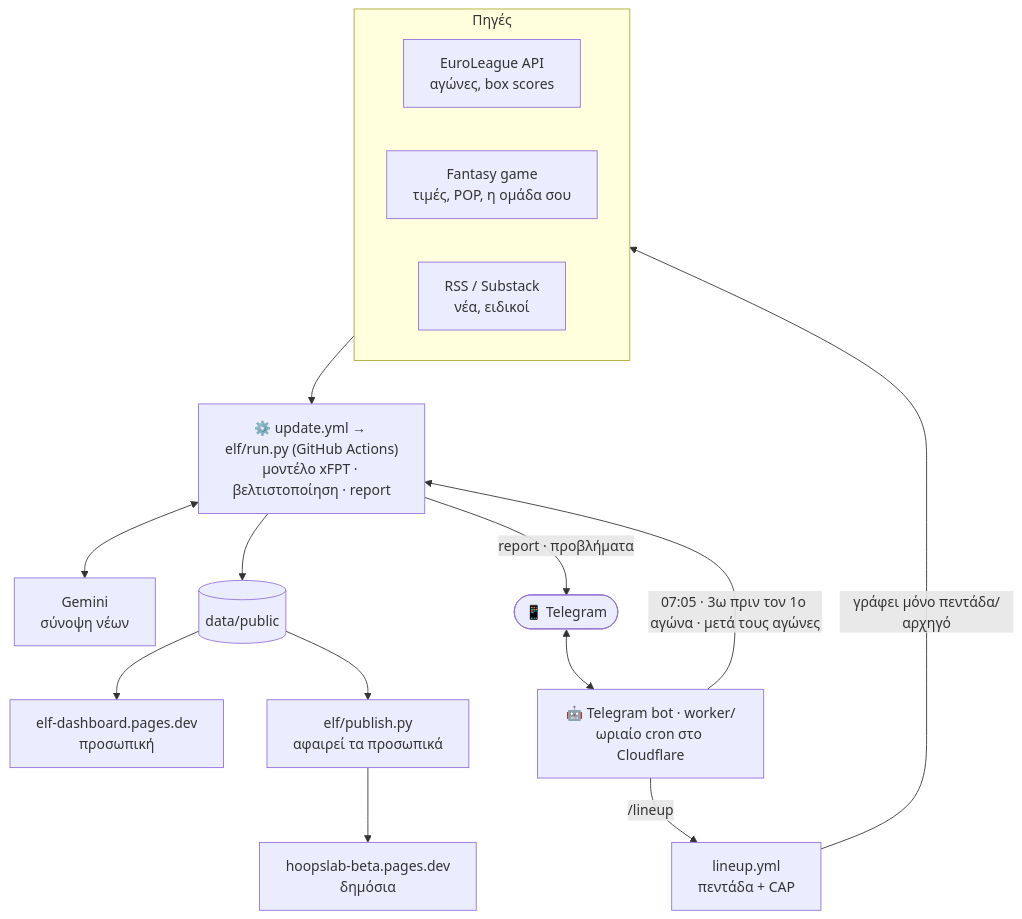
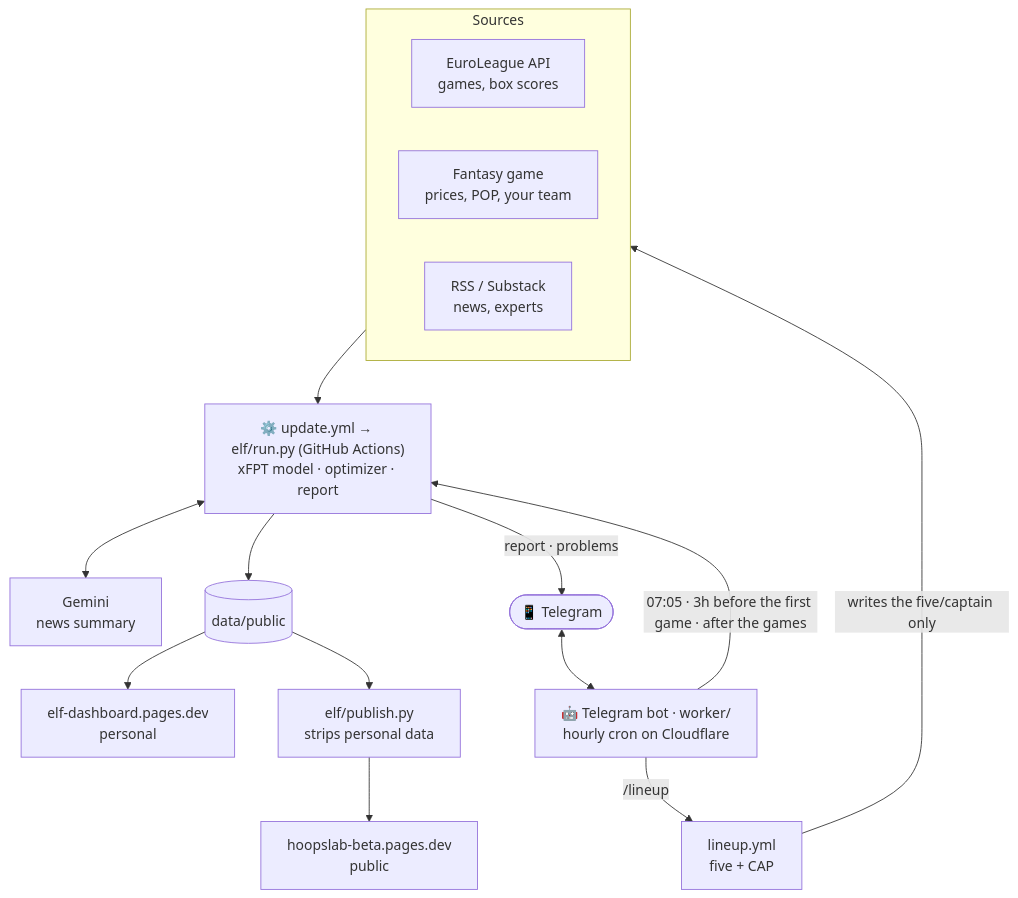
One commit to VaGlar/Euroleague-Fantasy-Challenge changed the first of 2 diagrams in README.md. Above: the diagram before and after it, drawn with Mermaid. The commit also changed other lines of this file and 18 other files, not shown here.

````diff
--- a/README.md
+++ b/README.md
@@ -15,31 +18,31 @@
 ```mermaid
 flowchart TB
-  BOT["🤖 Telegram bot · worker/<br/>ωριαίο cron στο Cloudflare"]
+  BOT["🤖 Telegram bot · worker/<br/>hourly cron on Cloudflare"]
 
-  subgraph SRC["Πηγές"]
+  subgraph SRC["Sources"]
     direction LR
-    EL["EuroLeague API<br/>αγώνες, box scores"]
-    FG["Fantasy game<br/>τιμές, POP, η ομάδα σου"]
-    NEWS["RSS / Substack<br/>νέα, ειδικοί"]
+    EL["EuroLeague API<br/>games, box scores"]
+    FG["Fantasy game<br/>prices, POP, your team"]
+    NEWS["RSS / Substack<br/>news, experts"]
   end
 
-  UPD["⚙️ update.yml → elf/run.py (GitHub Actions)<br/>μοντέλο xFPT · βελτιστοποίηση · report"]
-  GEM["Gemini<br/>σύνοψη νέων"]
+  UPD["⚙️ update.yml → elf/run.py (GitHub Actions)<br/>xFPT model · optimizer · report"]
+  GEM["Gemini<br/>news summary"]
   DATA[("data/public")]
-  PUB["elf/publish.py<br/>αφαιρεί τα προσωπικά"]
-  P1["elf-dashboard.pages.dev<br/>προσωπική"]
-  P2["hoopslab-beta.pages.dev<br/>δημόσια"]
-  LU["lineup.yml<br/>πεντάδα + CAP"]
+  PUB["elf/publish.py<br/>strips personal data"]
+  P1["elf-dashboard.pages.dev<br/>personal"]
+  P2["hoopslab-beta.pages.dev<br/>public"]
+  LU["lineup.yml<br/>five + CAP"]
   TG(["📱 Telegram"])
 
-  BOT -- "07:05 · 3ω πριν τον 1ο αγώνα · μετά τους αγώνες" --> UPD
+  BOT -- "07:05 · 3h before the first game · after the games" --> UPD
   SRC --> UPD
   UPD <--> GEM
   UPD --> DATA
   DATA --> P1
   DATA --> PUB --> P2
-  UPD -- "report · προβλήματα" --> TG
+  UPD -- "report · problems" --> TG
   BOT -- "/lineup" --> LU
-  LU -- "γράφει μόνο πεντάδα/αρχηγό" --> FG
+  LU -- "writes the five/captain only" --> FG
   TG <--> BOT
 ```
````
